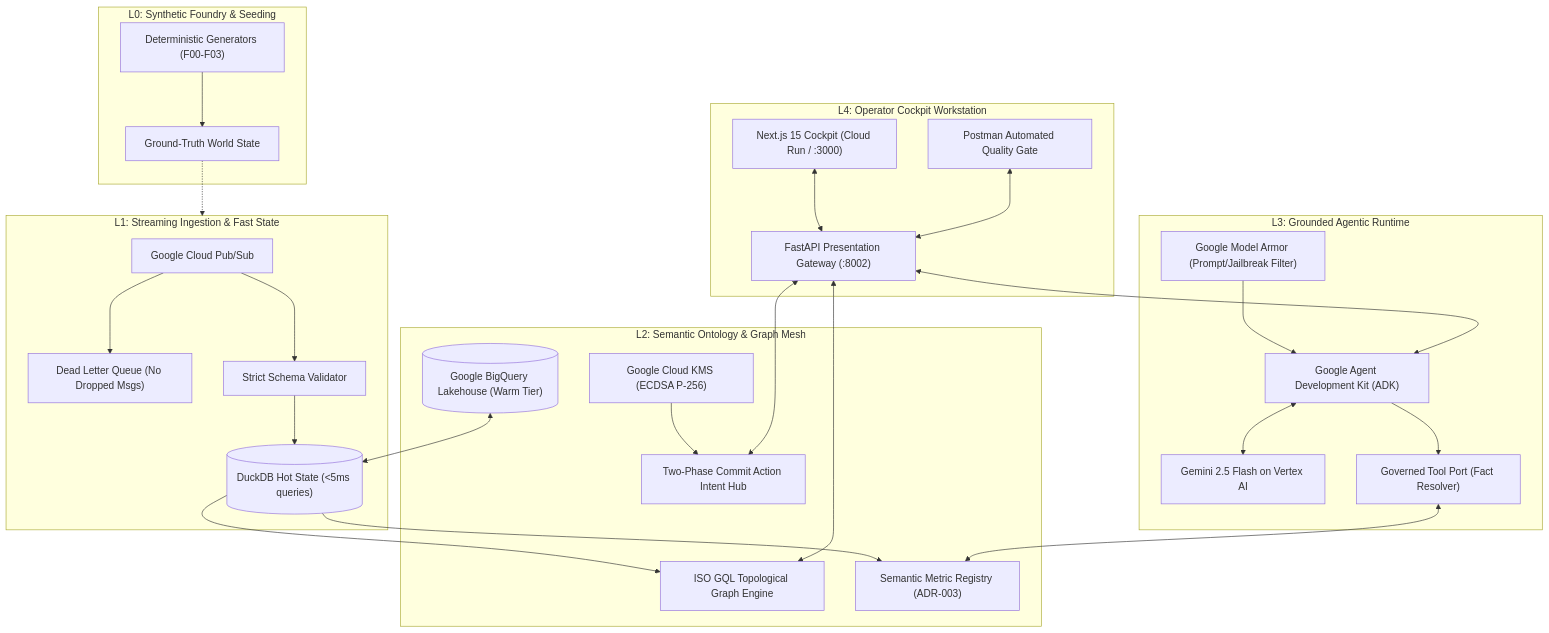
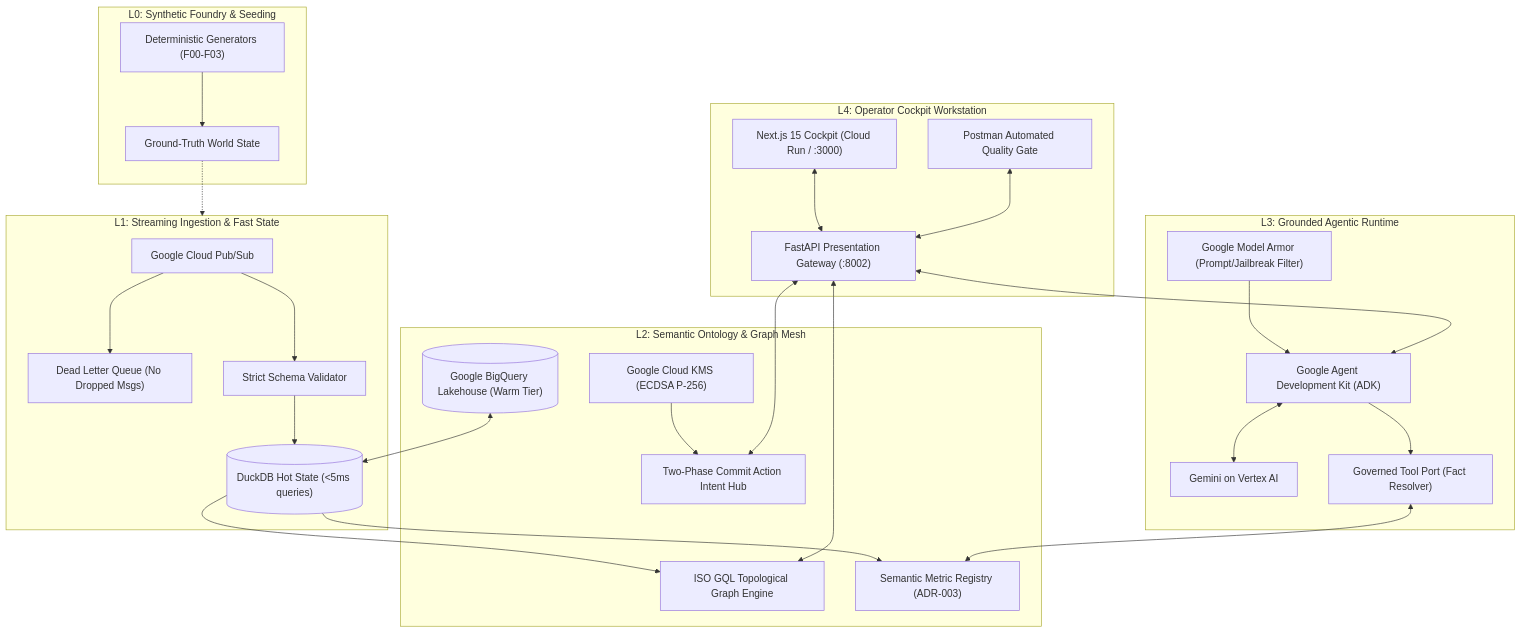
The diagram in README.md (abdullahabtahi/EIOS), drawn with Mermaid before and after one commit. The commit also changed other lines of this file, not shown here.

````diff
--- a/README.md
+++ b/README.md
@@ -70,44 +70,44 @@
 ```mermaid
 graph TD
     subgraph L0["L0: Synthetic Foundry & Seeding"]
         DF["Deterministic Generators (F00-F03)"]
         Truth["Ground-Truth World State"]
         DF --> Truth
     end
 
     subgraph L1["L1: Streaming Ingestion & Fast State"]
         PS["Google Cloud Pub/Sub"] --> DLQ["Dead Letter Queue (No Dropped Msgs)"]
         PS --> VLD["Strict Schema Validator"]
         VLD --> DDB[("DuckDB Hot State (<5ms queries)")]
     end
 
     subgraph L2["L2: Semantic Ontology & Graph Mesh"]
         DDB --> GQL["ISO GQL Topological Graph Engine"]
         DDB --> SEM["Semantic Metric Registry (ADR-003)"]
         BQ[("Google BigQuery Lakehouse (Warm Tier)")] <--> DDB
         KMS["Google Cloud KMS (ECDSA P-256)"] --> HUB["Two-Phase Commit Action Intent Hub"]
     end
 
     subgraph L3["L3: Grounded Agentic Runtime"]
         ADK["Google Agent Development Kit (ADK)"]
-        GEM["Gemini 2.5 Flash on Vertex AI"]
+        GEM["Gemini on Vertex AI"]
         MA["Google Model Armor (Prompt/Jailbreak Filter)"]
         ADK <--> GEM
         MA --> ADK
         ADK --> PORT["Governed Tool Port (Fact Resolver)"]
         PORT <--> SEM
     end
 
     subgraph L4["L4: Operator Cockpit Workstation"]
         FAST["FastAPI Presentation Gateway (:8002)"]
         WEB["Next.js 15 Cockpit (Cloud Run / :3000)"]
         POSTMAN["Postman Automated Quality Gate"]
         FAST <--> ADK
         FAST <--> HUB
         FAST <--> GQL
         WEB <--> FAST
         POSTMAN <--> FAST
     end
 
     Truth -.-> L1
 ```
````
